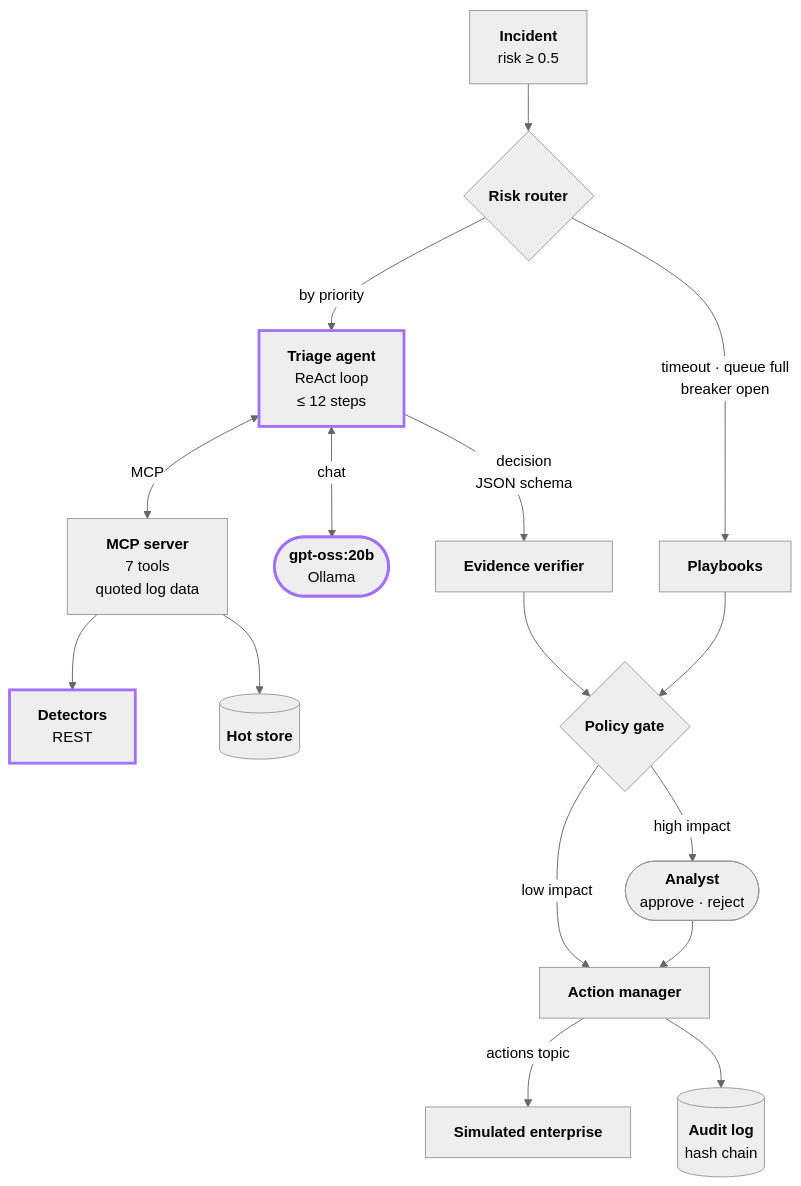
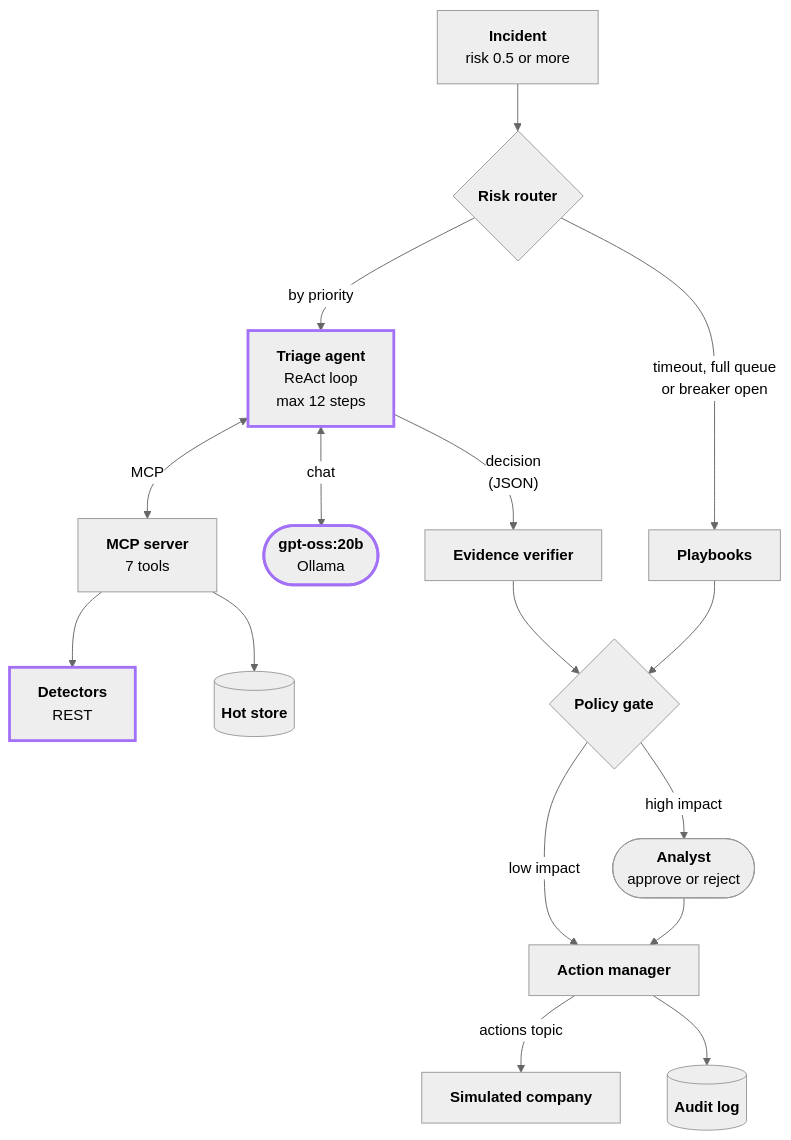
The third of 5 diagrams in docs/architecture/README.md (Chris91ss/ai4ci-agentic-soc), drawn with Mermaid (neutral theme) before and after one commit. The commit also changed other lines of this file, not shown here.

First line of the commit message:
docs(architecture): rewrite and update the Milestone 2 document

````diff
--- a/docs/architecture/README.md
+++ b/docs/architecture/README.md
@@ -137,20 +120,20 @@
 ```mermaid
 flowchart TB
-    incident["<b>Incident</b><br/>risk ≥ 0.5"] --> router{"<b>Risk router</b>"}
-    router -- "by priority" --> agent["<b>Triage agent</b><br/>ReAct loop<br/>≤ 12 steps"]
-    router -- "timeout · queue full<br/>breaker open" --> playbooks["<b>Playbooks</b>"]
+    incident["<b>Incident</b><br/>risk 0.5 or more"] --> router{"<b>Risk router</b>"}
+    router -- "by priority" --> agent["<b>Triage agent</b><br/>ReAct loop<br/>max 12 steps"]
+    router -- "timeout, full queue<br/>or breaker open" --> playbooks["<b>Playbooks</b>"]
     agent <-- "chat" --> llm(["<b>gpt-oss:20b</b><br/>Ollama"])
-    agent <-- "MCP" --> mcp["<b>MCP server</b><br/>7 tools<br/>quoted log data"]
+    agent <-- "MCP" --> mcp["<b>MCP server</b><br/>7 tools"]
     mcp --> det["<b>Detectors</b><br/>REST"]
     mcp --> store[("<b>Hot store</b>")]
-    agent -- "decision<br/>JSON schema" --> verifier["<b>Evidence verifier</b>"]
+    agent -- "decision<br/>(JSON)" --> verifier["<b>Evidence verifier</b>"]
     verifier --> gate{"<b>Policy gate</b>"}
     playbooks --> gate
     gate -- "low impact" --> manager["<b>Action manager</b>"]
-    gate -- "high impact" --> approval(["<b>Analyst</b><br/>approve · reject"])
+    gate -- "high impact" --> approval(["<b>Analyst</b><br/>approve or reject"])
     approval --> manager
-    manager -- "actions topic" --> sim["<b>Simulated enterprise</b>"]
-    manager --> audit[("<b>Audit log</b><br/>hash chain")]
+    manager -- "actions topic" --> sim["<b>Simulated company</b>"]
+    manager --> audit[("<b>Audit log</b>")]
     classDef ai stroke:#a371f7,stroke-width:3px
     class agent,llm,det ai
 ```
````
